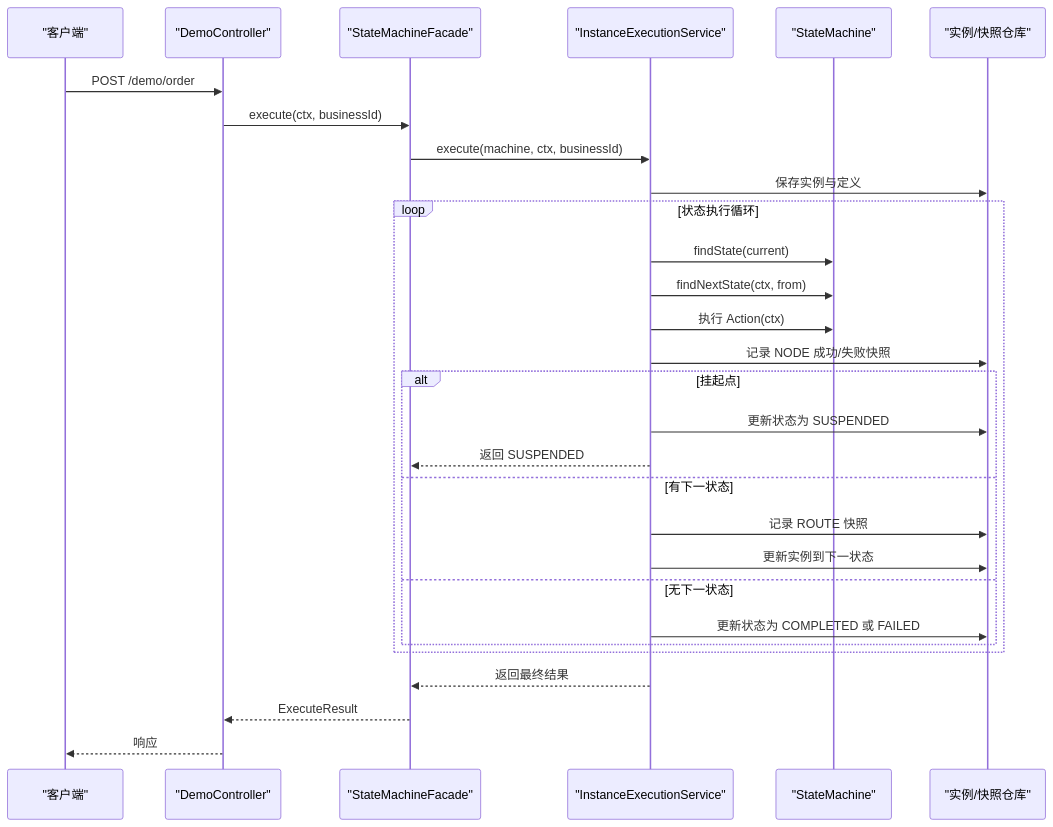
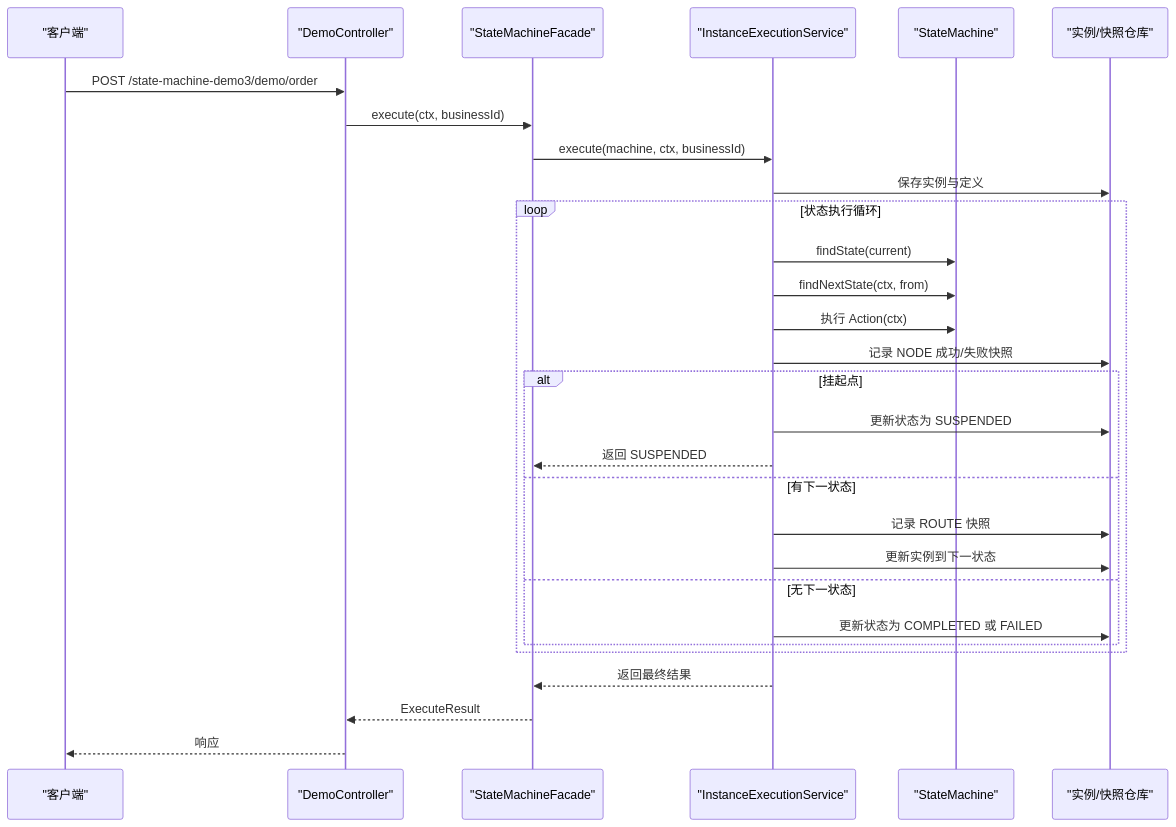
Before and after one commit to xiaoche80s-tech/state-machine-parent: the second of 6 diagrams in .qoder/repowiki/zh/content/示例与最佳实践/示例与最佳实践.md, drawn with Mermaid. The commit also changed other lines of this file and 14 other files, not shown here.

````diff
--- a/.qoder/repowiki/zh/content/示例与最佳实践/示例与最佳实践.md
+++ b/.qoder/repowiki/zh/content/示例与最佳实践/示例与最佳实践.md
@@ -122,31 +133,31 @@
 ```mermaid
 sequenceDiagram
 participant Client as "客户端"
 participant Controller as "DemoController"
 participant Facade as "StateMachineFacade"
 participant ExecSvc as "InstanceExecutionService"
 participant Engine as "StateMachine"
 participant Repo as "实例/快照仓库"
-Client->>Controller : POST /demo/order
+Client->>Controller : POST /state-machine-demo3/demo/order
 Controller->>Facade : execute(ctx, businessId)
 Facade->>ExecSvc : execute(machine, ctx, businessId)
 ExecSvc->>Repo : 保存实例与定义
 loop 状态执行循环
 ExecSvc->>Engine : findState(current)
 ExecSvc->>Engine : findNextState(ctx, from)
 ExecSvc->>Engine : 执行 Action(ctx)
 ExecSvc->>Repo : 记录 NODE 成功/失败快照
 alt 挂起点
 ExecSvc->>Repo : 更新状态为 SUSPENDED
 ExecSvc-->>Facade : 返回 SUSPENDED
 else 有下一状态
 ExecSvc->>Repo : 记录 ROUTE 快照
 ExecSvc->>Repo : 更新实例到下一状态
 else 无下一状态
 ExecSvc->>Repo : 更新状态为 COMPLETED 或 FAILED
 end
 end
 ExecSvc-->>Facade : 返回最终结果
 Facade-->>Controller : ExecuteResult
 Controller-->>Client : 响应
 ```
````
